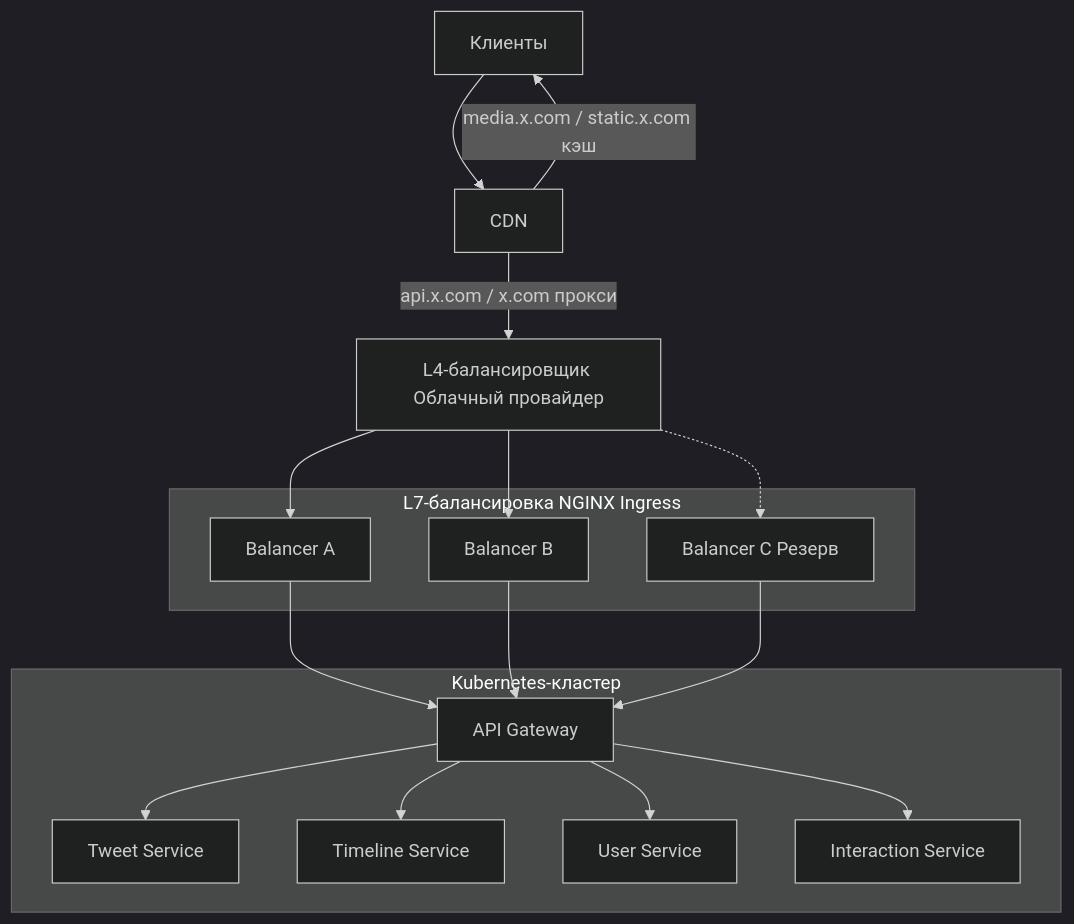
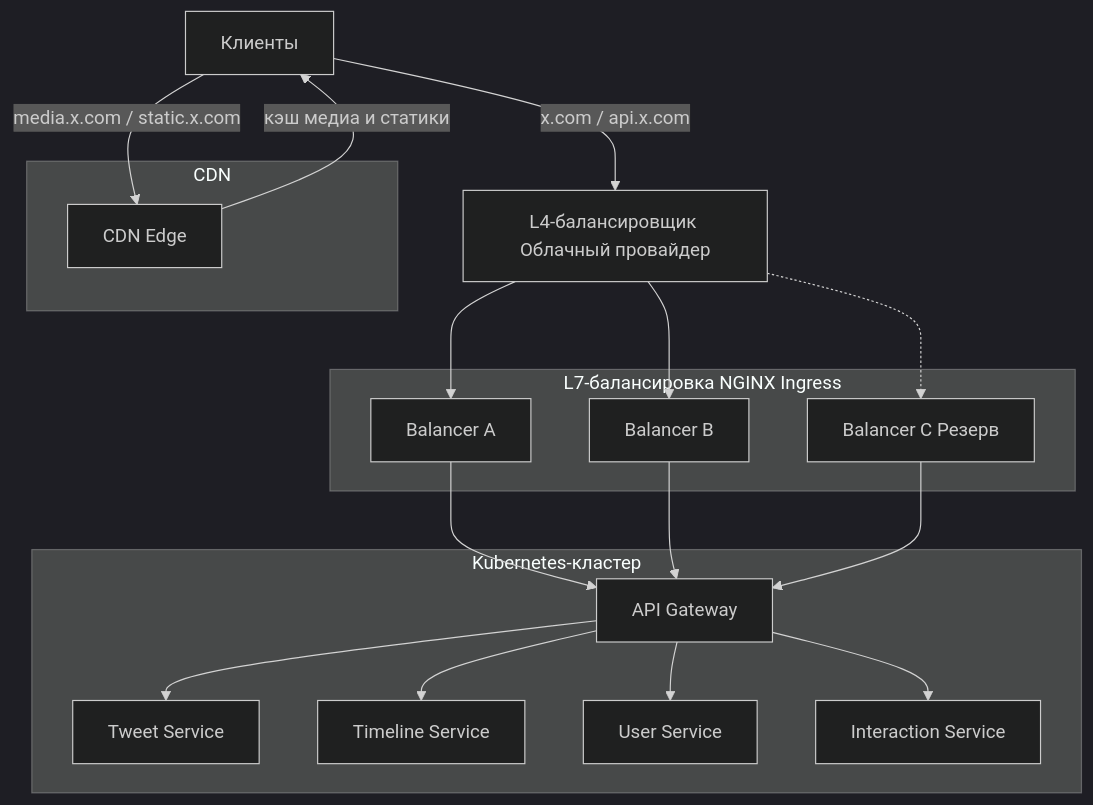
The second of 2 diagrams in README.md (art-raz/Highload2026), drawn with Mermaid (dark theme) before and after one commit. The commit also changed other lines of this file, not shown here.

````diff
--- a/README.md
+++ b/README.md
@@ -302,37 +304,42 @@
 ```mermaid
 flowchart TD
     C[Клиенты]
-    CDN[CDN]
+
+    subgraph CDN_ZONE["CDN"]
+        CDN[CDN Edge]
+    end
+
     L4[L4-балансировщик Облачный провайдер]
     
-    subgraph L7[L7-балансировка NGINX Ingress]
+    subgraph L7["L7-балансировка NGINX Ingress"]
         L7A[Balancer A]
         L7B[Balancer B]
         L7C[Balancer C Резерв]
     end
     
-    subgraph K8S[Kubernetes-кластер]
+    subgraph K8S["Kubernetes-кластер"]
         G[API Gateway]
         TW[Tweet Service]
         TS[Timeline Service]
         US[User Service]
         IS[Interaction Service]
     end
     
-    C --> CDN
-    CDN -->|api.x.com / x.com прокси| L4
-    CDN -->|media.x.com / static.x.com кэш| C
+    C -->|x.com / api.x.com| L4
+
+    C -->|media.x.com / static.x.com| CDN
+    CDN -->|кэш медиа и статики| C
     
     L4 --> L7A
     L4 --> L7B
     L4 -.-> L7C
     
     L7A --> G
     L7B --> G
     L7C --> G
     
     G --> TS
     G --> TW
     G --> US
     G --> IS
 ```
````
